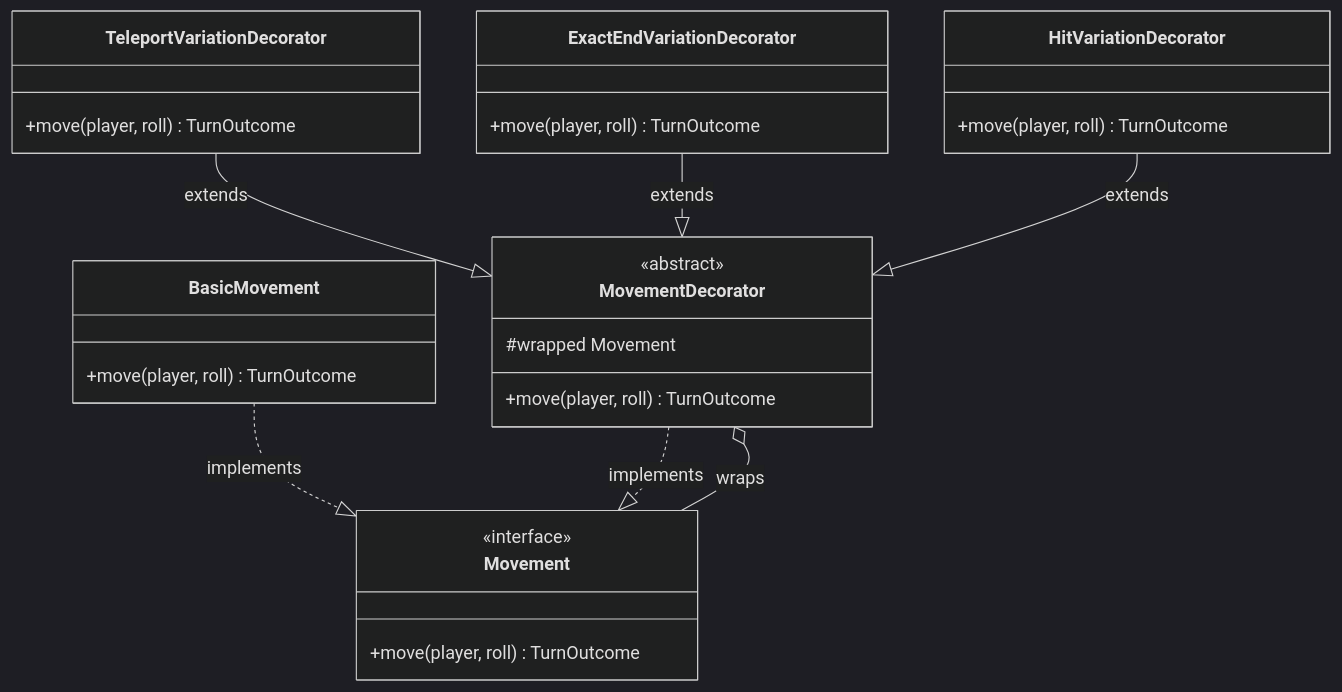
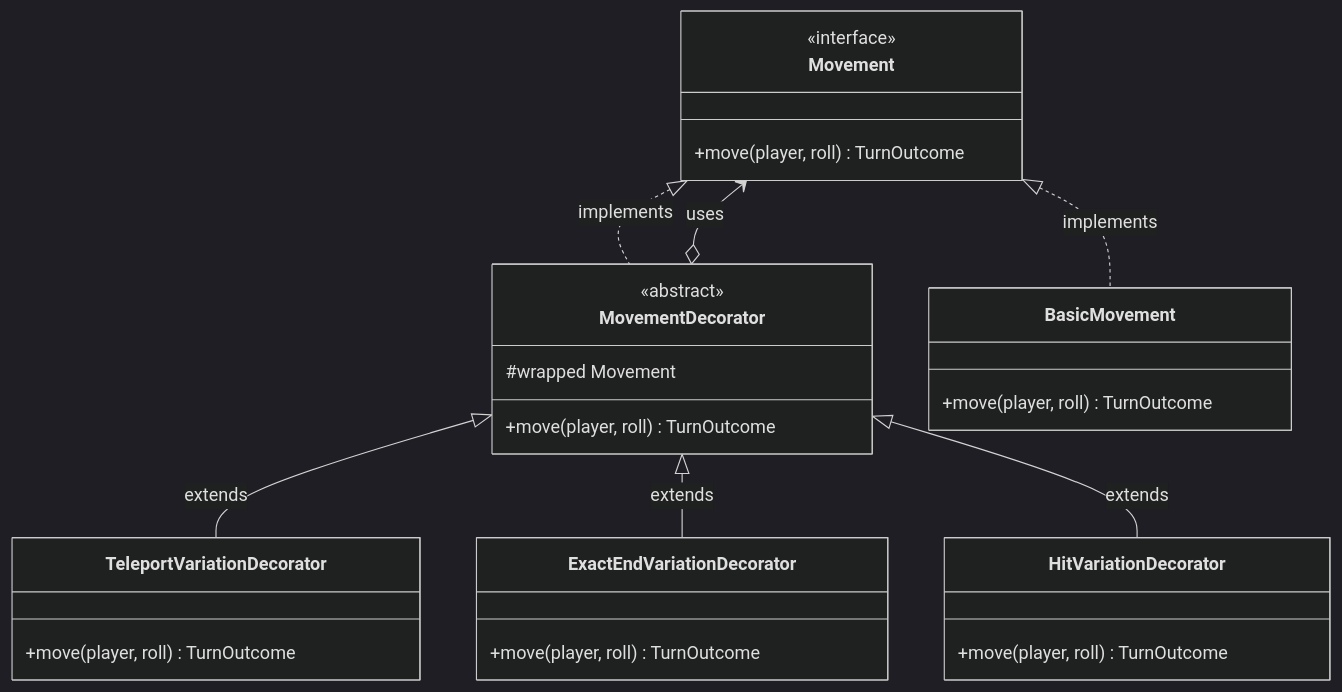
The third of 7 diagrams in README.md (SirRmelTheThird/HyperJump), drawn with Mermaid (dark theme) before and after one commit. The commit also changed other lines of this file, not shown here.

````diff
--- a/README.md
+++ b/README.md
@@ -46,31 +107,31 @@
 ```mermaid
 classDiagram
     class Movement {
         <<interface>>
         +move(player, roll) TurnOutcome
     }
-    class BasicMovement {
-        +move(player, roll) TurnOutcome
-    }
     class MovementDecorator {
         <<abstract>>
         #wrapped Movement
+        +move(player, roll) TurnOutcome
+    }
+    class BasicMovement {
         +move(player, roll) TurnOutcome
     }
     class TeleportVariationDecorator {
         +move(player, roll) TurnOutcome
     }
     class ExactEndVariationDecorator {
         +move(player, roll) TurnOutcome
     }
     class HitVariationDecorator {
         +move(player, roll) TurnOutcome
     }
 
-    BasicMovement ..|> Movement : implements
-    MovementDecorator ..|> Movement : implements
-    MovementDecorator o-- Movement : wraps
-    TeleportVariationDecorator --|> MovementDecorator : extends
-    ExactEndVariationDecorator --|> MovementDecorator : extends
-    HitVariationDecorator --|> MovementDecorator : extends
+    Movement <|.. BasicMovement : implements
+    Movement <|.. MovementDecorator : implements
+    Movement <--o MovementDecorator : uses
+    MovementDecorator <|-- TeleportVariationDecorator : extends
+    MovementDecorator <|-- ExactEndVariationDecorator : extends
+    MovementDecorator <|-- HitVariationDecorator : extends
 ```
````
